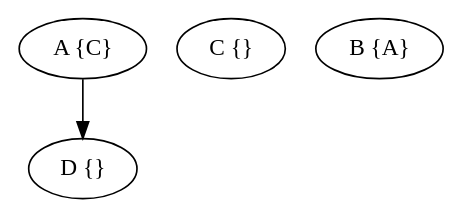
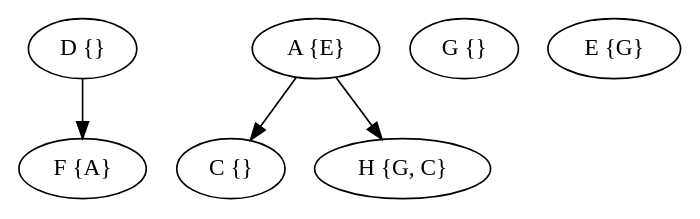
Before and after one commit to GiovA07/Pointer_Analysis: the diagram in output/grafo.dot, drawn with Graphviz. The commit also changed 16 other files, not shown here.

```diff
--- a/output/grafo.dot
+++ b/output/grafo.dot
@@ -1,10 +1,15 @@
 digraph{
 
 rankdir=TB;
 
 D [label="D {}"];
+F [label="F {A}"];
+A [label="A {E}"];
+G [label="G {}"];
+E [label="E {G}"];
 C [label="C {}"];
-A [label="A {C}"];
-B [label="B {A}"];
-A -> D;
+H [label="H {G, C}"];
+D -> F;
+A -> C;
+A -> H;
 }
```
